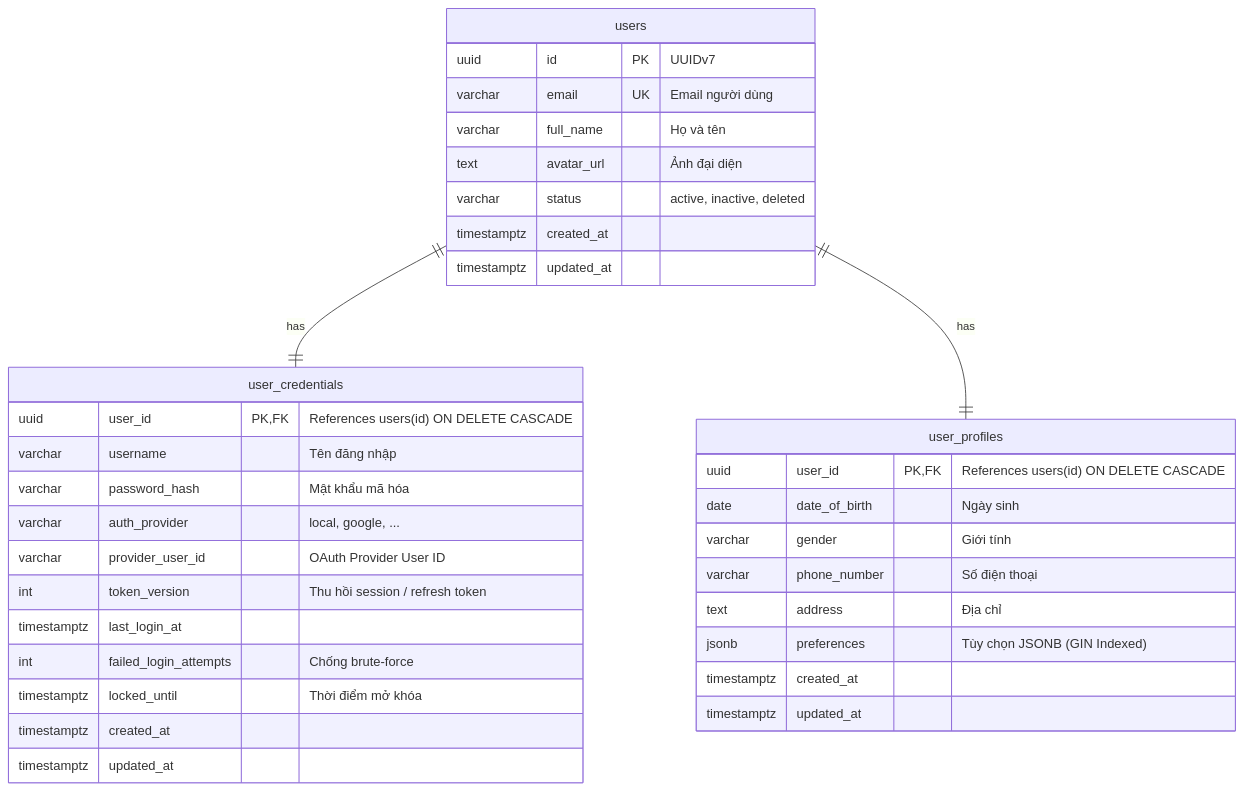
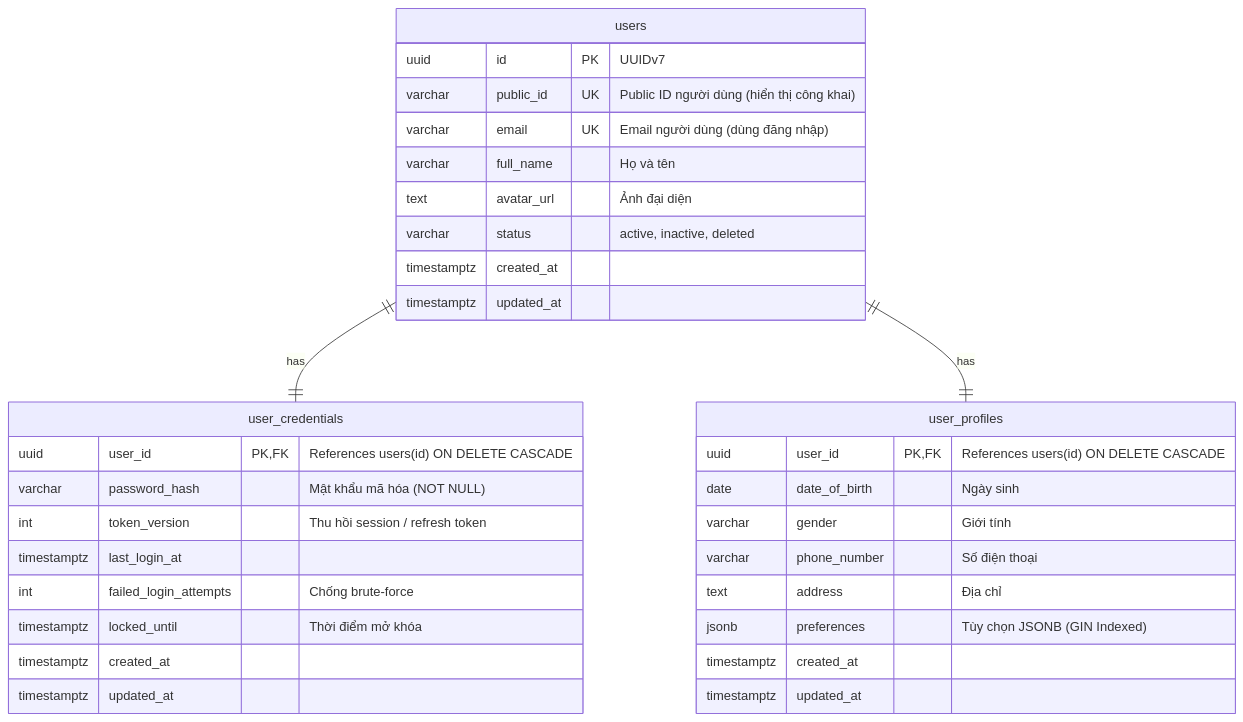
The diagram in README.md (vlahanam/terra-clone), drawn with Mermaid before and after one commit. The commit also changed other lines of this file and 7 other files, not shown here.

Commit message:
feat: Enhance user authentication and identification by adding public_id to users table and refining user_credentials structure

````diff
--- a/README.md
+++ b/README.md
@@ -144,40 +144,38 @@
 ```mermaid
 erDiagram
     users ||--|| user_credentials : "has"
     users ||--|| user_profiles : "has"
 
     users {
         uuid id PK "UUIDv7"
-        varchar email UK "Email người dùng"
+        varchar public_id UK "Public ID người dùng (hiển thị công khai)"
+        varchar email UK "Email người dùng (dùng đăng nhập)"
         varchar full_name "Họ và tên"
         text avatar_url "Ảnh đại diện"
         varchar status "active, inactive, deleted"
         timestamptz created_at
         timestamptz updated_at
     }
 
     user_credentials {
         uuid user_id PK,FK "References users(id) ON DELETE CASCADE"
-        varchar username "Tên đăng nhập"
-        varchar password_hash "Mật khẩu mã hóa"
-        varchar auth_provider "local, google, ..."
-        varchar provider_user_id "OAuth Provider User ID"
+        varchar password_hash "Mật khẩu mã hóa (NOT NULL)"
         int token_version "Thu hồi session / refresh token"
         timestamptz last_login_at
         int failed_login_attempts "Chống brute-force"
         timestamptz locked_until "Thời điểm mở khóa"
         timestamptz created_at
         timestamptz updated_at
     }
 
     user_profiles {
         uuid user_id PK,FK "References users(id) ON DELETE CASCADE"
         date date_of_birth "Ngày sinh"
         varchar gender "Giới tính"
         varchar phone_number "Số điện thoại"
         text address "Địa chỉ"
         jsonb preferences "Tùy chọn JSONB (GIN Indexed)"
         timestamptz created_at
         timestamptz updated_at
     }
 ```
````
